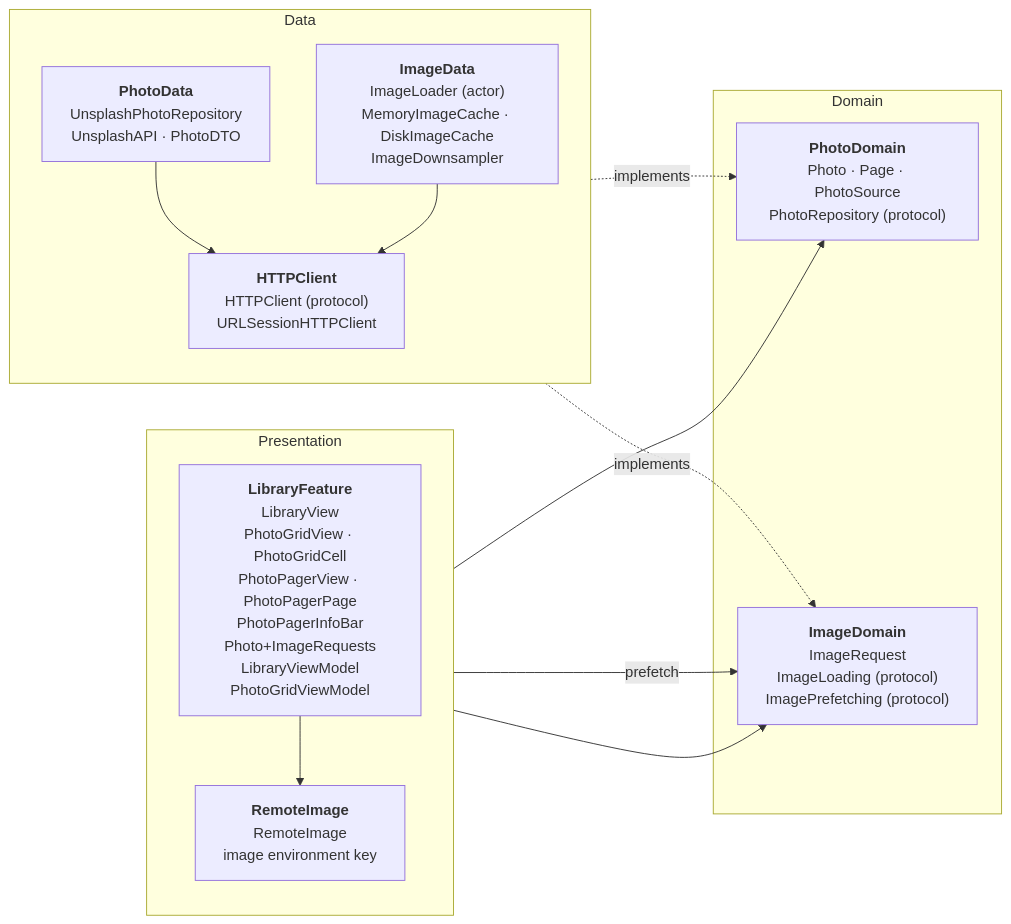
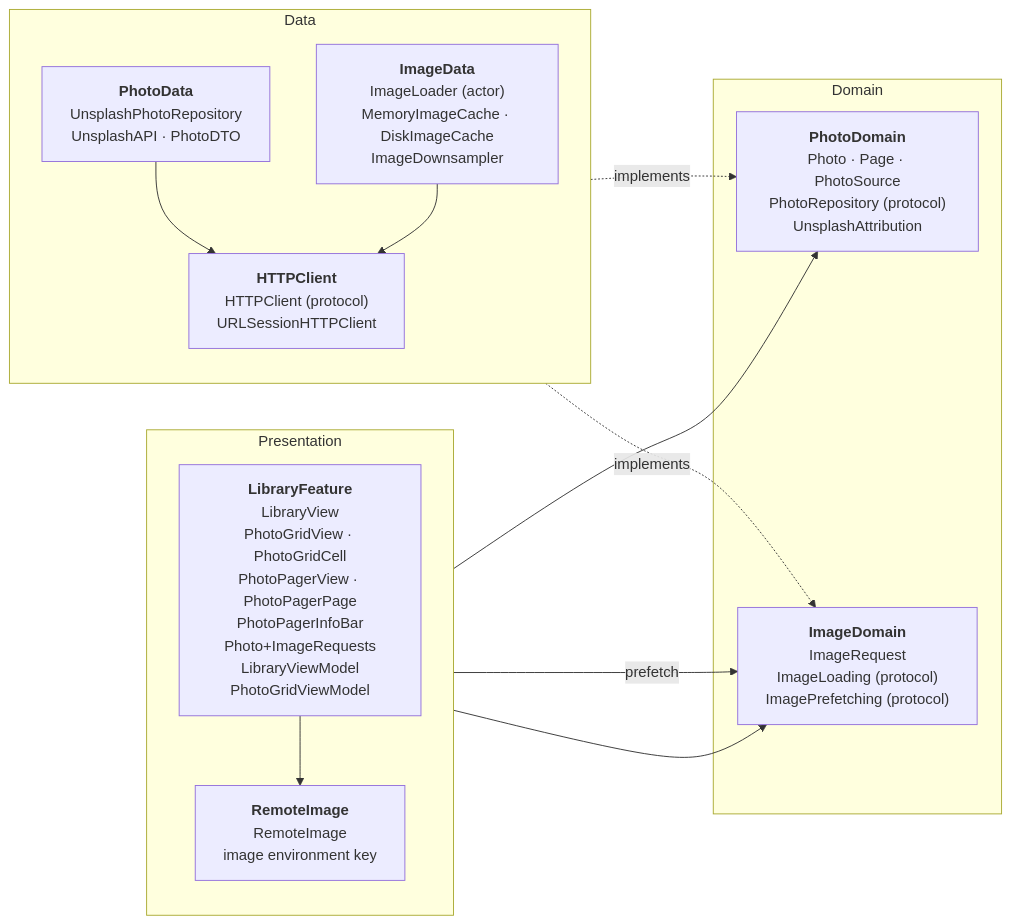
Before and after one commit to gdhardcastle/resplash: the first of 4 diagrams in README.md, drawn with Mermaid. The commit also changed other lines of this file and 4 other files, not shown here.

````diff
--- a/README.md
+++ b/README.md
@@ -19,29 +19,29 @@
 ```mermaid
 flowchart LR
     subgraph Presentation
         direction TB
         Library["<b>LibraryFeature</b><br/>LibraryView<br/>PhotoGridView · PhotoGridCell<br/>PhotoPagerView · PhotoPagerPage<br/>PhotoPagerInfoBar<br/>Photo+ImageRequests<br/>LibraryViewModel<br/>PhotoGridViewModel"]
         Remote["<b>RemoteImage</b><br/>RemoteImage<br/>image environment key"]
     end
 
     subgraph Domain
-        Photos["<b>PhotoDomain</b><br/>Photo · Page · PhotoSource<br/>PhotoRepository (protocol)"]
+        Photos["<b>PhotoDomain</b><br/>Photo · Page · PhotoSource<br/>PhotoRepository (protocol)<br/>UnsplashAttribution"]
         ImageDomain["<b>ImageDomain</b><br/>ImageRequest<br/>ImageLoading (protocol)<br/>ImagePrefetching (protocol)"]
     end
 
     subgraph Data
         direction TB
         PhotoData["<b>PhotoData</b><br/>UnsplashPhotoRepository<br/>UnsplashAPI · PhotoDTO"]
         Images["<b>ImageData</b><br/>ImageLoader (actor)<br/>MemoryImageCache · DiskImageCache<br/>ImageDownsampler"]
         Http["<b>HTTPClient</b><br/>HTTPClient (protocol)<br/>URLSessionHTTPClient"]
     end
 
     Library --> Photos
     Library --> Remote
     Library -->|"prefetch"| ImageDomain
     Remote --> ImageDomain
     PhotoData -.->|"implements"| Photos
     Images -.->|"implements"| ImageDomain
     PhotoData --> Http
     Images --> Http
 ```
````
